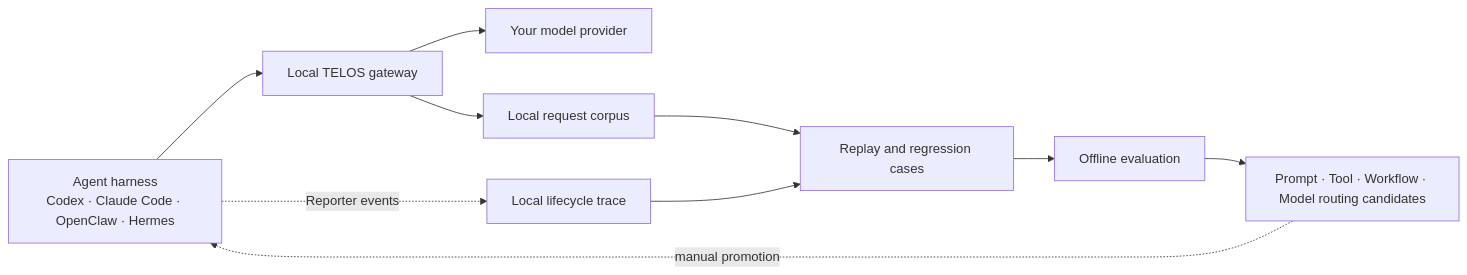
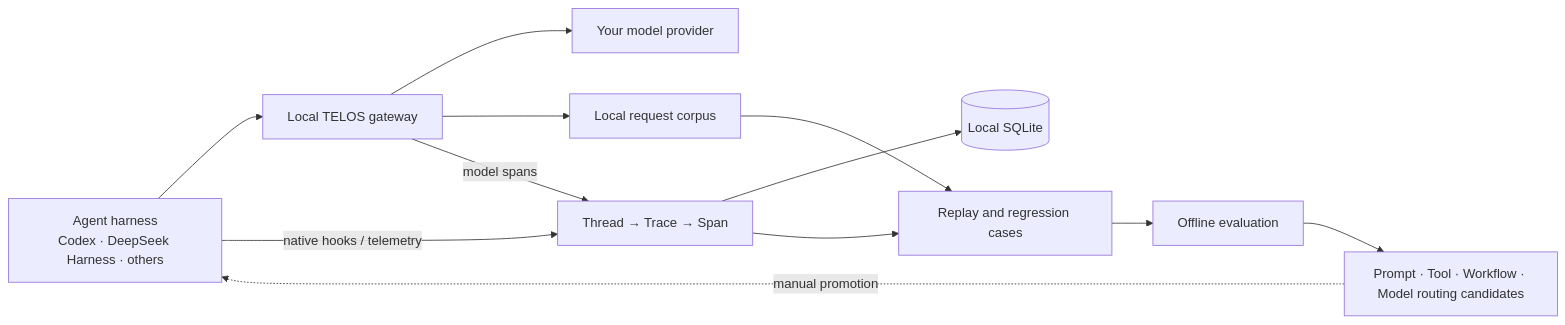
One commit to eryflow/telos-sdk changed the diagram in README.md. Above: the diagram before and after it, drawn with Mermaid. The commit also changed other lines of this file and 45 other files, not shown here.

Commit message:
feat: add local agent tracing platform

````diff
--- a/README.md
+++ b/README.md
@@ -43,12 +43,14 @@
 ```mermaid
 flowchart LR
-    H["Agent harness<br/>Codex · Claude Code · OpenClaw · Hermes"] --> G["Local TELOS gateway"]
+    H["Agent harness<br/>Codex · DeepSeek Harness · others"] --> G["Local TELOS gateway"]
     G --> M["Your model provider"]
     G --> C["Local request corpus"]
-    H -. "Reporter events" .-> T["Local lifecycle trace"]
+    H -->|"native hooks / telemetry"| T["Thread → Trace → Span"]
+    G -->|"model spans"| T
+    T --> D[("Local SQLite")]
     C --> R["Replay and regression cases"]
     T --> R
     R --> E["Offline evaluation"]
     E --> O["Prompt · Tool · Workflow · Model routing candidates"]
     O -. "manual promotion" .-> H
 ```
````
